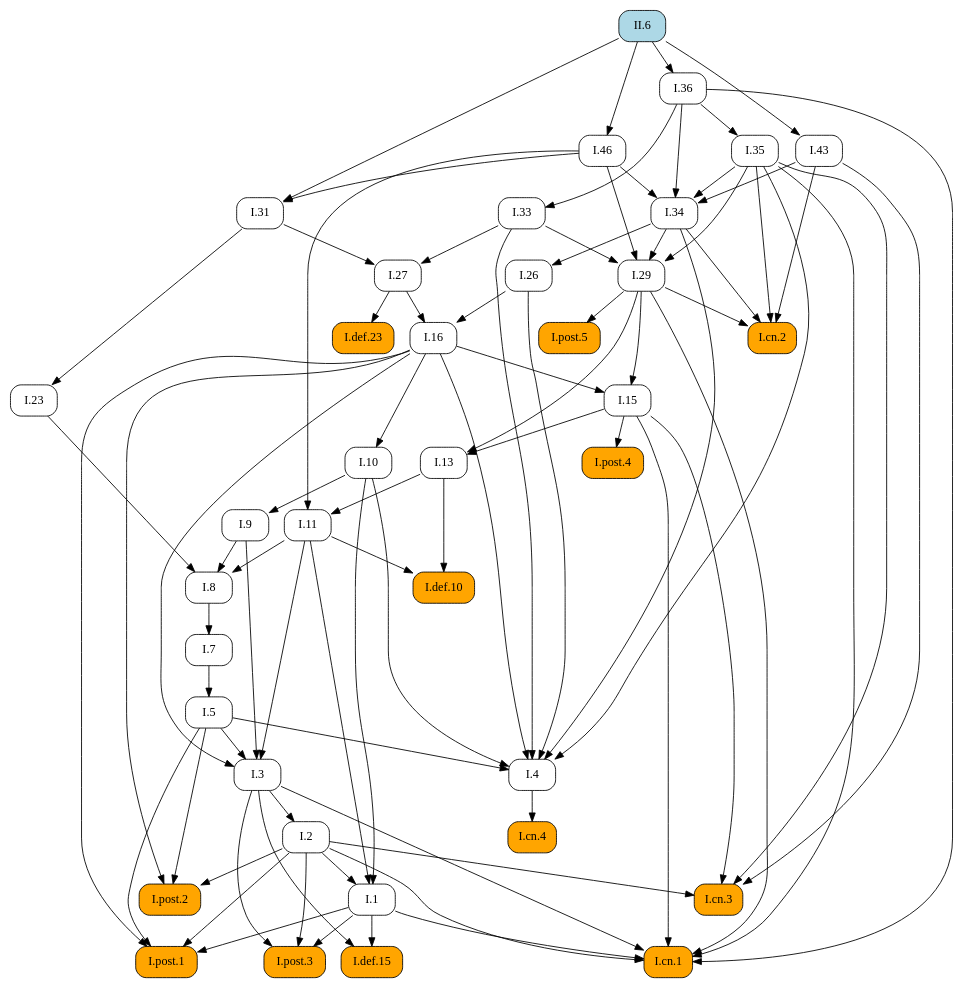
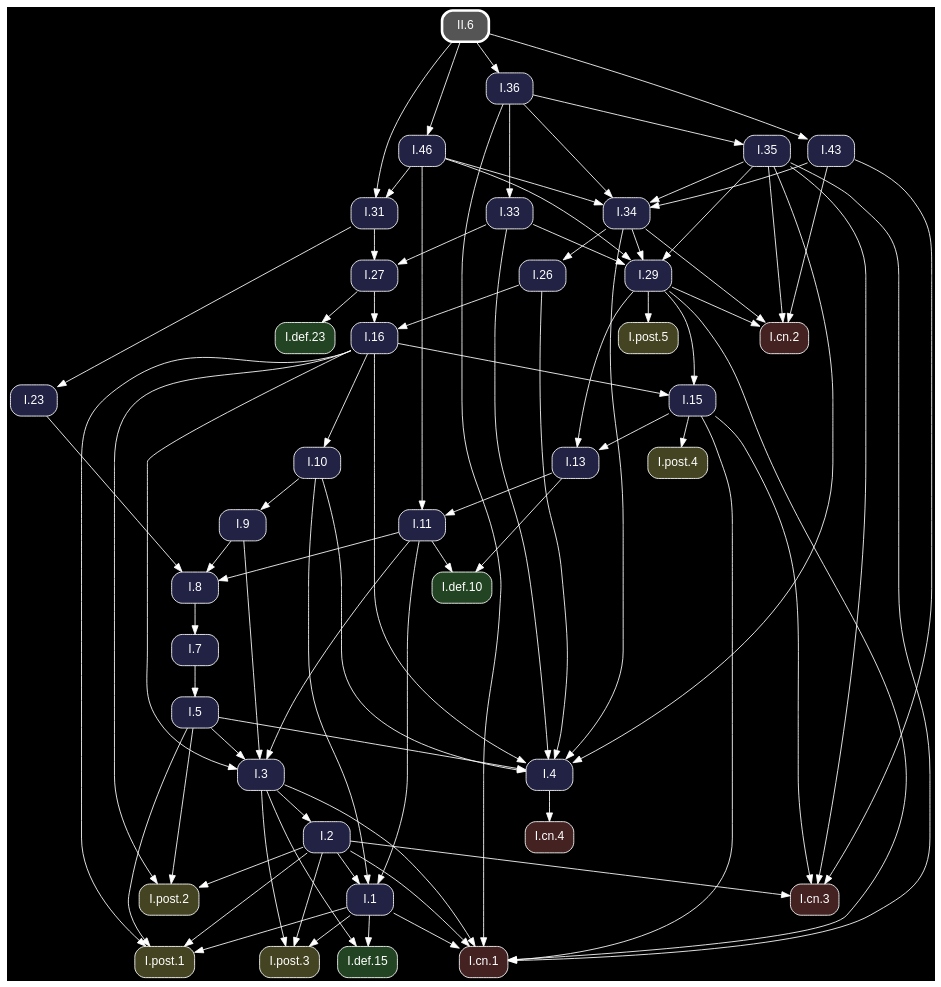
The diagram in docsrc/heath/II/6/index.rst (geometor/elements), drawn with Graphviz before and after one commit. The commit also changed other lines of this file and 1200 other files, not shown here.

Commit message:
update dependency graphs

```diff
--- a/docsrc/heath/II/6/index.rst
+++ b/docsrc/heath/II/6/index.rst
@@ -78,73 +78,53 @@
 .. graphviz::
 
    digraph {
+     bgcolor="black";
+     node [shape=box, style="rounded,filled", fontname="Helvetica", color="white", fontcolor="white"];
+     edge [color="white", fontcolor="white"];
      rankdir="TB";
-     node [shape=box, style=rounded];
-     "I.23" [URL="/heath/I/23/", target="_top"];
-     "I.9" [URL="/heath/I/9/", target="_top"];
-     "I.33" [URL="/heath/I/33/", target="_top"];
-     "I.def.15" [style="rounded,filled", fillcolor=orange, URL="/heath/I/def.15/", target="_top"];
-     "II.6" [style="rounded,filled", fillcolor=lightblue, URL="/heath/II/6/", target="_top"];
-     "I.post.3" [style="rounded,filled", fillcolor=orange, URL="/heath/I/post.3/", target="_top"];
-     "I.post.1" [style="rounded,filled", fillcolor=orange, URL="/heath/I/post.1/", target="_top"];
-     "I.43" [URL="/heath/I/43/", target="_top"];
-     "I.31" [URL="/heath/I/31/", target="_top"];
-     "I.def.10" [style="rounded,filled", fillcolor=orange, URL="/heath/I/def.10/", target="_top"];
-     "I.27" [URL="/heath/I/27/", target="_top"];
-     "I.34" [URL="/heath/I/34/", target="_top"];
-     "I.3" [URL="/heath/I/3/", target="_top"];
-     "I.35" [URL="/heath/I/35/", target="_top"];
-     "I.cn.1" [style="rounded,filled", fillcolor=orange, URL="/heath/I/cn.1/", target="_top"];
-     "I.7" [URL="/heath/I/7/", target="_top"];
-     "I.2" [URL="/heath/I/2/", target="_top"];
-     "I.36" [URL="/heath/I/36/", target="_top"];
-     "I.13" [URL="/heath/I/13/", target="_top"];
-     "I.post.4" [style="rounded,filled", fillcolor=orange, URL="/heath/I/post.4/", target="_top"];
-     "I.4" [URL="/heath/I/4/", target="_top"];
-     "I.1" [URL="/heath/I/1/", target="_top"];
-     "I.5" [URL="/heath/I/5/", target="_top"];
-     "I.8" [URL="/heath/I/8/", target="_top"];
-     "I.29" [URL="/heath/I/29/", target="_top"];
-     "I.cn.3" [style="rounded,filled", fillcolor=orange, URL="/heath/I/cn.3/", target="_top"];
-     "I.16" [URL="/heath/I/16/", target="_top"];
-     "I.15" [URL="/heath/I/15/", target="_top"];
-     "I.10" [URL="/heath/I/10/", target="_top"];
-     "I.11" [URL="/heath/I/11/", target="_top"];
-     "I.def.23" [style="rounded,filled", fillcolor=orange, URL="/heath/I/def.23/", target="_top"];
-     "I.cn.2" [style="rounded,filled", fillcolor=orange, URL="/heath/I/cn.2/", target="_top"];
-     "I.post.5" [style="rounded,filled", fillcolor=orange, URL="/heath/I/post.5/", target="_top"];
-     "I.cn.4" [style="rounded,filled", fillcolor=orange, URL="/heath/I/cn.4/", target="_top"];
-     "I.post.2" [style="rounded,filled", fillcolor=orange, URL="/heath/I/post.2/", target="_top"];
-     "I.46" [URL="/heath/I/46/", target="_top"];
-     "I.26" [URL="/heath/I/26/", target="_top"];
-     "I.31" -> "I.23";
-     "I.10" -> "I.9";
-     "I.36" -> "I.33";
-     "I.1" -> "I.def.15";
-     "I.3" -> "I.def.15";
-     "I.1" -> "I.post.3";
-     "I.2" -> "I.post.3";
-     "I.3" -> "I.post.3";
-     "I.1" -> "I.post.1";
-     "I.2" -> "I.post.1";
-     "I.5" -> "I.post.1";
-     "I.16" -> "I.post.1";
-     "II.6" -> "I.43";
+     "I.31" [fillcolor="#222244", URL="/heath/I/31/", target="_top"];
+     "I.3" [fillcolor="#222244", URL="/heath/I/3/", target="_top"];
+     "I.cn.1" [fillcolor="#442222", URL="/heath/I/cn.1/", target="_top"];
+     "I.def.10" [fillcolor="#224422", URL="/heath/I/def.10/", target="_top"];
+     "I.15" [fillcolor="#222244", URL="/heath/I/15/", target="_top"];
+     "I.13" [fillcolor="#222244", URL="/heath/I/13/", target="_top"];
+     "I.27" [fillcolor="#222244", URL="/heath/I/27/", target="_top"];
+     "I.2" [fillcolor="#222244", URL="/heath/I/2/", target="_top"];
+     "I.cn.2" [fillcolor="#442222", URL="/heath/I/cn.2/", target="_top"];
+     "I.9" [fillcolor="#222244", URL="/heath/I/9/", target="_top"];
+     "I.43" [fillcolor="#222244", URL="/heath/I/43/", target="_top"];
+     "I.1" [fillcolor="#222244", URL="/heath/I/1/", target="_top"];
+     "I.post.5" [fillcolor="#444422", URL="/heath/I/post.5/", target="_top"];
+     "II.6" [penwidth=3, color="white", fillcolor="#555555", URL="/heath/II/6/", target="_top"];
+     "I.post.4" [fillcolor="#444422", URL="/heath/I/post.4/", target="_top"];
+     "I.23" [fillcolor="#222244", URL="/heath/I/23/", target="_top"];
+     "I.26" [fillcolor="#222244", URL="/heath/I/26/", target="_top"];
+     "I.8" [fillcolor="#222244", URL="/heath/I/8/", target="_top"];
+     "I.4" [fillcolor="#222244", URL="/heath/I/4/", target="_top"];
+     "I.7" [fillcolor="#222244", URL="/heath/I/7/", target="_top"];
+     "I.5" [fillcolor="#222244", URL="/heath/I/5/", target="_top"];
+     "I.10" [fillcolor="#222244", URL="/heath/I/10/", target="_top"];
+     "I.46" [fillcolor="#222244", URL="/heath/I/46/", target="_top"];
+     "I.post.1" [fillcolor="#444422", URL="/heath/I/post.1/", target="_top"];
+     "I.11" [fillcolor="#222244", URL="/heath/I/11/", target="_top"];
+     "I.16" [fillcolor="#222244", URL="/heath/I/16/", target="_top"];
+     "I.cn.3" [fillcolor="#442222", URL="/heath/I/cn.3/", target="_top"];
+     "I.36" [fillcolor="#222244", URL="/heath/I/36/", target="_top"];
+     "I.29" [fillcolor="#222244", URL="/heath/I/29/", target="_top"];
+     "I.post.2" [fillcolor="#444422", URL="/heath/I/post.2/", target="_top"];
+     "I.cn.4" [fillcolor="#442222", URL="/heath/I/cn.4/", target="_top"];
+     "I.def.23" [fillcolor="#224422", URL="/heath/I/def.23/", target="_top"];
+     "I.35" [fillcolor="#222244", URL="/heath/I/35/", target="_top"];
+     "I.post.3" [fillcolor="#444422", URL="/heath/I/post.3/", target="_top"];
+     "I.33" [fillcolor="#222244", URL="/heath/I/33/", target="_top"];
+     "I.34" [fillcolor="#222244", URL="/heath/I/34/", target="_top"];
+     "I.def.15" [fillcolor="#224422", URL="/heath/I/def.15/", target="_top"];
      "I.46" -> "I.31";
      "II.6" -> "I.31";
-     "I.11" -> "I.def.10";
-     "I.13" -> "I.def.10";
-     "I.31" -> "I.27";
-     "I.33" -> "I.27";
-     "I.35" -> "I.34";
-     "I.36" -> "I.34";
-     "I.43" -> "I.34";
-     "I.46" -> "I.34";
      "I.5" -> "I.3";
      "I.9" -> "I.3";
      "I.11" -> "I.3";
      "I.16" -> "I.3";
-     "I.36" -> "I.35";
      "I.1" -> "I.cn.1";
      "I.2" -> "I.cn.1";
      "I.3" -> "I.cn.1";
@@ -152,12 +132,31 @@
      "I.29" -> "I.cn.1";
      "I.35" -> "I.cn.1";
      "I.36" -> "I.cn.1";
-     "I.8" -> "I.7";
-     "I.3" -> "I.2";
-     "II.6" -> "I.36";
+     "I.11" -> "I.def.10";
+     "I.13" -> "I.def.10";
+     "I.16" -> "I.15";
+     "I.29" -> "I.15";
      "I.15" -> "I.13";
      "I.29" -> "I.13";
+     "I.31" -> "I.27";
+     "I.33" -> "I.27";
+     "I.3" -> "I.2";
+     "I.29" -> "I.cn.2";
+     "I.34" -> "I.cn.2";
+     "I.35" -> "I.cn.2";
+     "I.43" -> "I.cn.2";
+     "I.10" -> "I.9";
+     "II.6" -> "I.43";
+     "I.2" -> "I.1";
+     "I.10" -> "I.1";
+     "I.11" -> "I.1";
+     "I.29" -> "I.post.5";
      "I.15" -> "I.post.4";
+     "I.31" -> "I.23";
+     "I.34" -> "I.26";
+     "I.9" -> "I.8";
+     "I.11" -> "I.8";
+     "I.23" -> "I.8";
      "I.5" -> "I.4";
      "I.10" -> "I.4";
      "I.16" -> "I.4";
@@ -165,38 +164,41 @@
      "I.33" -> "I.4";
      "I.34" -> "I.4";
      "I.35" -> "I.4";
-     "I.2" -> "I.1";
-     "I.10" -> "I.1";
-     "I.11" -> "I.1";
+     "I.8" -> "I.7";
      "I.7" -> "I.5";
-     "I.9" -> "I.8";
-     "I.11" -> "I.8";
-     "I.23" -> "I.8";
+     "I.16" -> "I.10";
+     "II.6" -> "I.46";
+     "I.1" -> "I.post.1";
+     "I.2" -> "I.post.1";
+     "I.5" -> "I.post.1";
+     "I.16" -> "I.post.1";
+     "I.13" -> "I.11";
+     "I.46" -> "I.11";
+     "I.26" -> "I.16";
+     "I.27" -> "I.16";
+     "I.2" -> "I.cn.3";
+     "I.15" -> "I.cn.3";
+     "I.35" -> "I.cn.3";
+     "I.43" -> "I.cn.3";
+     "II.6" -> "I.36";
      "I.33" -> "I.29";
      "I.34" -> "I.29";
      "I.35" -> "I.29";
      "I.46" -> "I.29";
-     "I.2" -> "I.cn.3";
-     "I.15" -> "I.cn.3";
-     "I.35" -> "I.cn.3";
-     "I.43" -> "I.cn.3";
-     "I.26" -> "I.16";
-     "I.27" -> "I.16";
-     "I.16" -> "I.15";
-     "I.29" -> "I.15";
-     "I.16" -> "I.10";
-     "I.13" -> "I.11";
-     "I.46" -> "I.11";
-     "I.27" -> "I.def.23";
-     "I.29" -> "I.cn.2";
-     "I.34" -> "I.cn.2";
-     "I.35" -> "I.cn.2";
-     "I.43" -> "I.cn.2";
-     "I.29" -> "I.post.5";
-     "I.4" -> "I.cn.4";
      "I.2" -> "I.post.2";
      "I.5" -> "I.post.2";
      "I.16" -> "I.post.2";
-     "II.6" -> "I.46";
-     "I.34" -> "I.26";
+     "I.4" -> "I.cn.4";
+     "I.27" -> "I.def.23";
+     "I.36" -> "I.35";
+     "I.1" -> "I.post.3";
+     "I.2" -> "I.post.3";
+     "I.3" -> "I.post.3";
+     "I.36" -> "I.33";
+     "I.35" -> "I.34";
+     "I.36" -> "I.34";
+     "I.43" -> "I.34";
+     "I.46" -> "I.34";
+     "I.1" -> "I.def.15";
+     "I.3" -> "I.def.15";
    }
```
